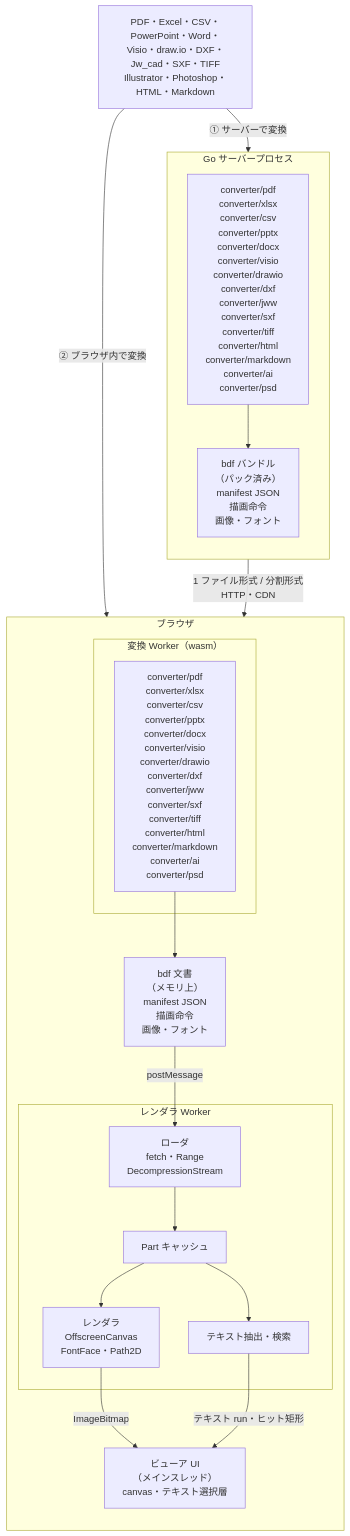
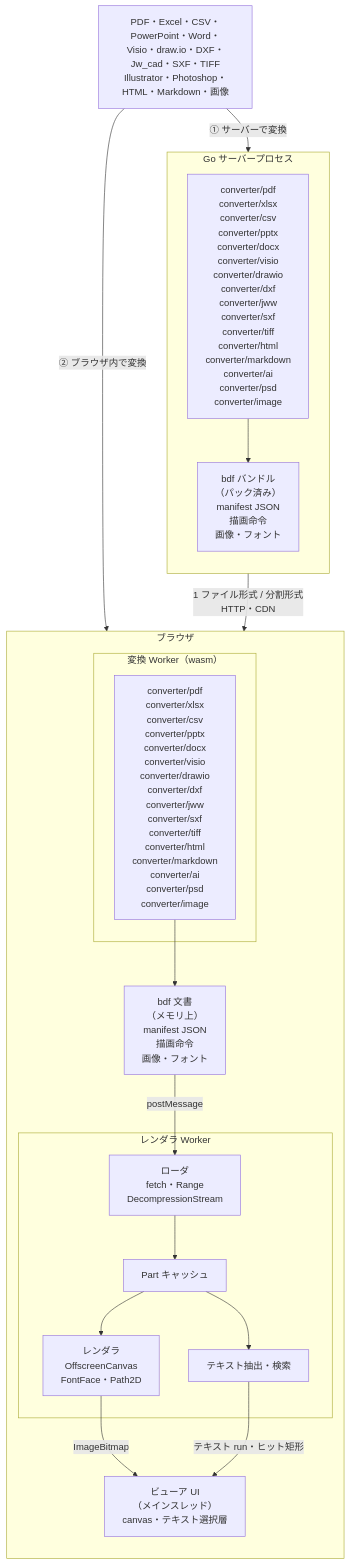
The diagram in README.ja.md (shibukawa/bdf), drawn with Mermaid before and after one commit. The commit also changed other lines of this file and 77 other files, not shown here.

First line of the commit message:
Image converter: browser-displayable images pass through with their metadata; SVG images render, also in HTML and Markdown (#23)

````diff
--- a/README.ja.md
+++ b/README.ja.md
@@ -20,37 +20,37 @@
 ```mermaid
 flowchart TB
-    SRC["PDF・Excel・CSV・PowerPoint・Word・Visio・draw.io・DXF・Jw_cad・SXF・TIFF<br/>Illustrator・Photoshop・HTML・Markdown"]
+    SRC["PDF・Excel・CSV・PowerPoint・Word・Visio・draw.io・DXF・Jw_cad・SXF・TIFF<br/>Illustrator・Photoshop・HTML・Markdown・画像"]
 
     subgraph SERVER["Go サーバープロセス"]
         direction TB
-        SCONV["converter/pdf<br/>converter/xlsx<br/>converter/csv<br/>converter/pptx<br/>converter/docx<br/>converter/visio<br/>converter/drawio<br/>converter/dxf<br/>converter/jww<br/>converter/sxf<br/>converter/tiff<br/>converter/html<br/>converter/markdown<br/>converter/ai<br/>converter/psd"]
+        SCONV["converter/pdf<br/>converter/xlsx<br/>converter/csv<br/>converter/pptx<br/>converter/docx<br/>converter/visio<br/>converter/drawio<br/>converter/dxf<br/>converter/jww<br/>converter/sxf<br/>converter/tiff<br/>converter/html<br/>converter/markdown<br/>converter/ai<br/>converter/psd<br/>converter/image"]
         BUNDLE["bdf バンドル<br/>（パック済み）<br/>manifest JSON<br/>描画命令<br/>画像・フォント"]
         SCONV --> BUNDLE
     end
 
     subgraph BROWSER["ブラウザ"]
         direction TB
         subgraph CWORKER["変換 Worker（wasm）"]
-            WCONV["converter/pdf<br/>converter/xlsx<br/>converter/csv<br/>converter/pptx<br/>converter/docx<br/>converter/visio<br/>converter/drawio<br/>converter/dxf<br/>converter/jww<br/>converter/sxf<br/>converter/tiff<br/>converter/html<br/>converter/markdown<br/>converter/ai<br/>converter/psd"]
+            WCONV["converter/pdf<br/>converter/xlsx<br/>converter/csv<br/>converter/pptx<br/>converter/docx<br/>converter/visio<br/>converter/drawio<br/>converter/dxf<br/>converter/jww<br/>converter/sxf<br/>converter/tiff<br/>converter/html<br/>converter/markdown<br/>converter/ai<br/>converter/psd<br/>converter/image"]
         end
         PARTS["bdf 文書<br/>（メモリ上）<br/>manifest JSON<br/>描画命令<br/>画像・フォント"]
         subgraph RWORKER["レンダラ Worker"]
             LOADER["ローダ<br/>fetch・Range<br/>DecompressionStream"]
             STORE["Part キャッシュ"]
             RENDER["レンダラ<br/>OffscreenCanvas<br/>FontFace・Path2D"]
             TEXT["テキスト抽出・検索"]
             LOADER --> STORE
             STORE --> RENDER
             STORE --> TEXT
         end
         UI["ビューア UI<br/>（メインスレッド）<br/>canvas・テキスト選択層"]
         WCONV --> PARTS
     end
 
     SRC -- "① サーバーで変換" --> SCONV
     SRC -- "② ブラウザ内で変換" --> WCONV
     BUNDLE -- "1 ファイル形式 / 分割形式<br/>HTTP・CDN" --> LOADER
     PARTS -- "postMessage" --> LOADER
     RENDER -- "ImageBitmap" --> UI
     TEXT -- "テキスト run・ヒット矩形" --> UI
 ```
````
